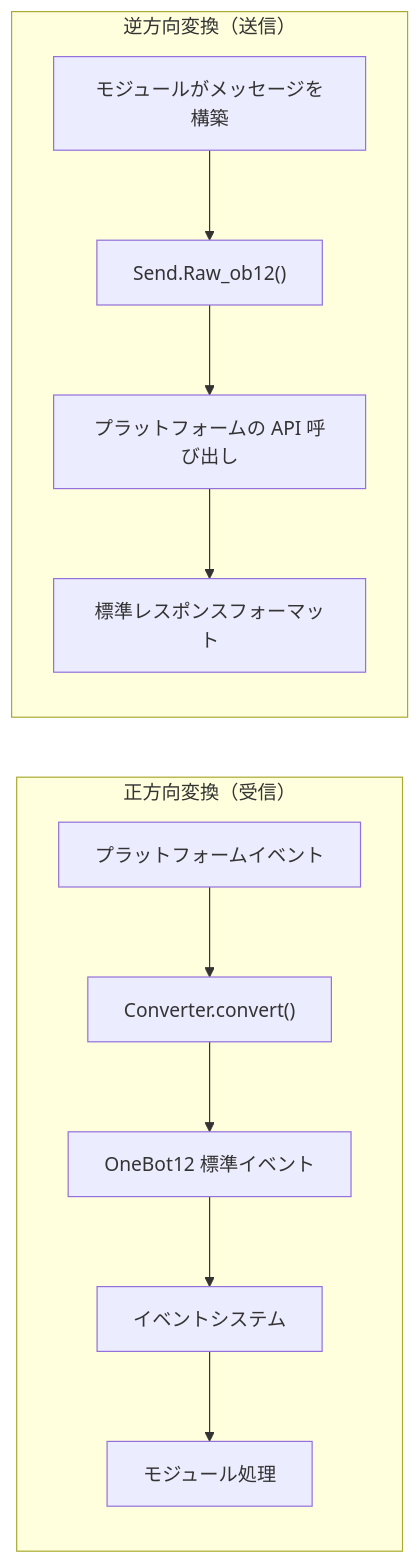
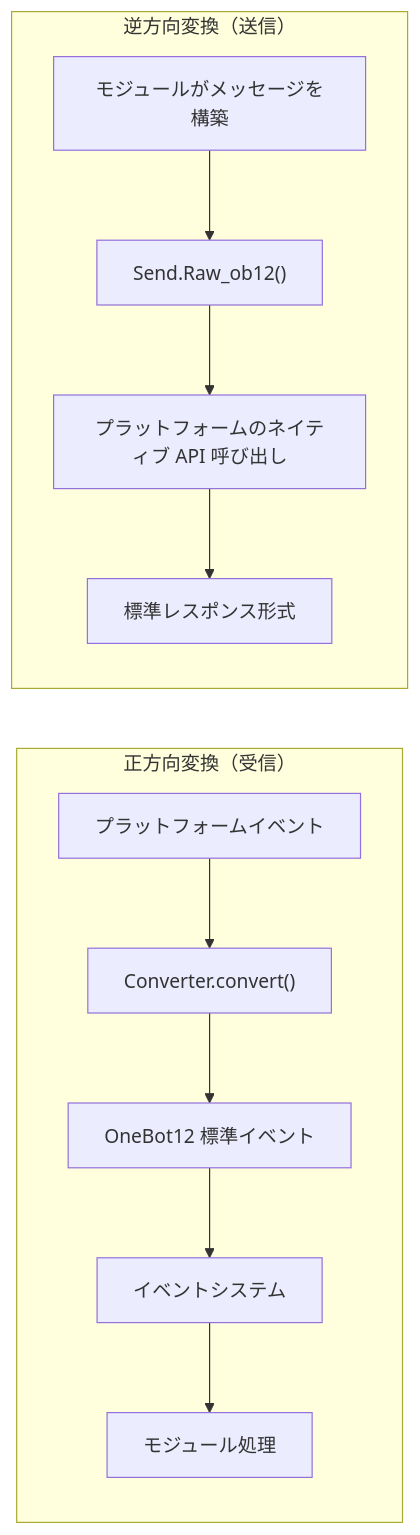
One commit to ErisPulse/ErisPulse changed the diagram in docs/ja/developer-guide/adapters/getting-started.md. Above: the diagram before and after it, drawn with Mermaid. The commit also changed other lines of this file and 43 other files, not shown here.

````diff
--- a/docs/ja/developer-guide/adapters/getting-started.md
+++ b/docs/ja/developer-guide/adapters/getting-started.md
@@ -18,11 +21,11 @@
 ```mermaid
 flowchart LR
     subgraph receive["正方向変換（受信）"]
         direction TB
         P1["プラットフォームイベント"] --> C1["Converter.convert()"] --> O1["OneBot12 標準イベント"] --> S1["イベントシステム"] --> M1["モジュール処理"]
     end
     subgraph send["逆方向変換（送信）"]
         direction TB
-        M2["モジュールがメッセージを構築"] --> R1["Send.Raw_ob12()"] --> N1["プラットフォームの API 呼び出し"] --> R2["標準レスポンスフォーマット"]
+        M2["モジュールがメッセージを構築"] --> R1["Send.Raw_ob12()"] --> N1["プラットフォームのネイティブ API 呼び出し"] --> R2["標準レスポンス形式"]
     end
 ```
````
